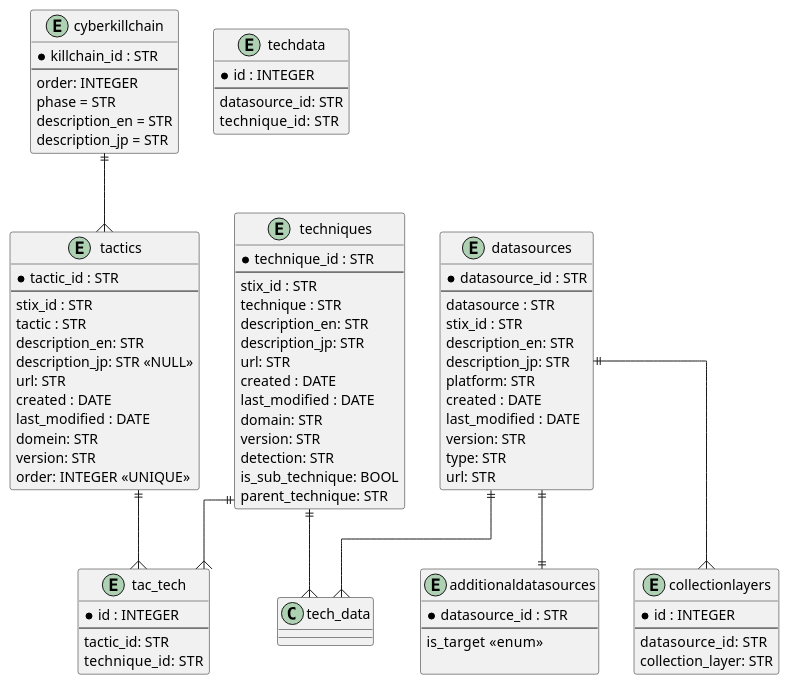
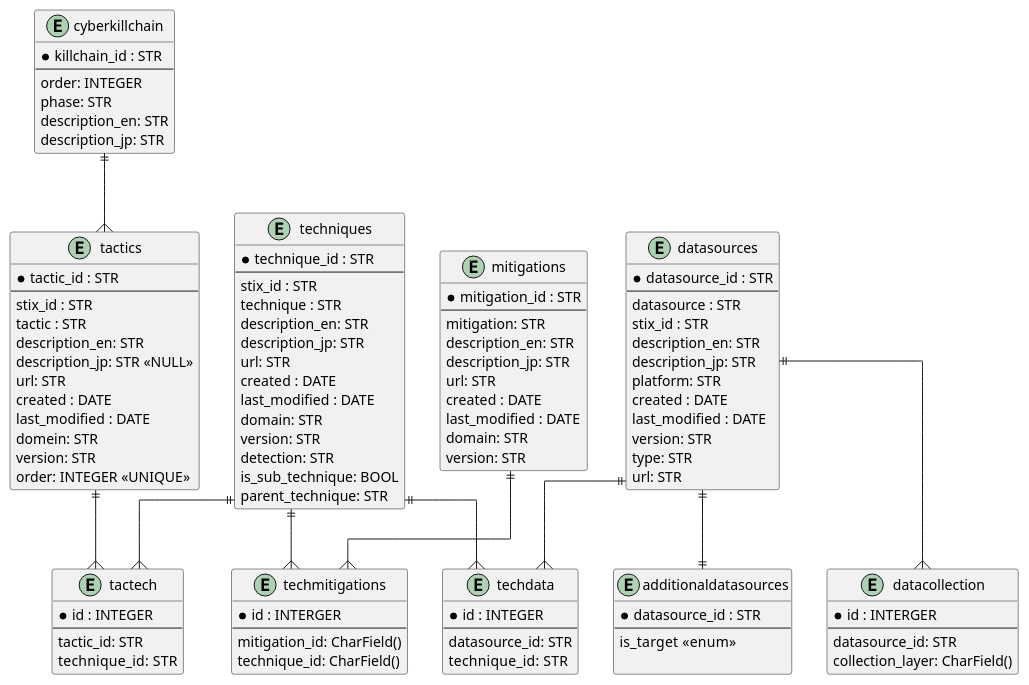
The diagram in uml/ER.puml (RyuichiHashimoto/attack-db), drawn with PlantUML before and after one commit. The commit also changed 13 other files, not shown here.

```diff
--- a/uml/ER.puml
+++ b/uml/ER.puml
@@ -1,104 +1,130 @@
 @startuml
 skinparam linetype ortho
 
 entity tactics {
   * tactic_id : STR
   ---
   stix_id : STR
   tactic : STR
   description_en: STR
   description_jp: STR <<NULL>>
   url: STR
   created : DATE 
   last_modified : DATE
   domein: STR 
   version: STR
   order: INTEGER <<UNIQUE>>
 }
 
 
-entity tac_tech {
+entity tactech {
   * id : INTEGER
   ---
   tactic_id: STR
   technique_id:  STR
 }
 
 entity techniques {
   * technique_id : STR
   ---
   stix_id : STR
   technique : STR
   description_en: STR
   description_jp: STR
   url: STR
   created : DATE
   last_modified : DATE
   domain: STR
   version: STR
   detection: STR
   is_sub_technique: BOOL
   parent_technique: STR
 }
 
 entity techdata {
   * id : INTEGER
   ---
   datasource_id: STR
   technique_id:  STR
 }
 
 entity datasources {
   * datasource_id : STR
   ---
   datasource : STR
   stix_id : STR
   description_en: STR
   description_jp: STR
   platform: STR
   created : DATE
   last_modified : DATE
   version: STR
   type: STR
   url: STR
 }
 
 entity additionaldatasources {
   * datasource_id : STR
   ---
   ' # 0 使用しない、１　使用するかも　２　使用する。
   is_target  <<enum>> 
   
 }
 
 entity cyberkillchain {
   * killchain_id : STR
   ---
   order: INTEGER
-  phase = STR
-  description_en = STR
-  description_jp = STR
+  phase: STR
+  description_en: STR
+  description_jp: STR
 }
 
-entity collectionlayers {
-  * id : INTEGER
+
+entity mitigations {
+  * mitigation_id : STR
   ---
-  datasource_id:  STR
-  collection_layer: STR  
+  mitigation: STR
+  description_en: STR
+  description_jp: STR
+  url: STR
+  created : DATE
+  last_modified : DATE
+  domain: STR
+  version: STR
 }
 
-tactics ||--{ tac_tech
+entity datacollection{
+  * id : INTERGER
+  ---
+  datasource_id: STR
+  collection_layer: CharField()
+}
 
-techniques ||--{ tac_tech
-techniques ||--{ tech_data
-datasources ||--{ tech_data
+entity techmitigations{
+  * id : INTERGER
+  ---
+  mitigation_id: CharField()
+  technique_id: CharField()
+}
 
-datasources ||--{ collectionlayers
+
+tactics ||--{ tactech
+
+techniques ||--{ tactech
+techniques ||--{ techdata
+datasources ||--{ techdata
+
+datasources ||--{ datacollection
 datasources ||--|| additionaldatasources
+
+techniques ||--{ techmitigations
+mitigations ||--{ techmitigations
+
 
 
 cyberkillchain ||--{ tactics
 
 ' techniques || 
 
 @enduml
```
